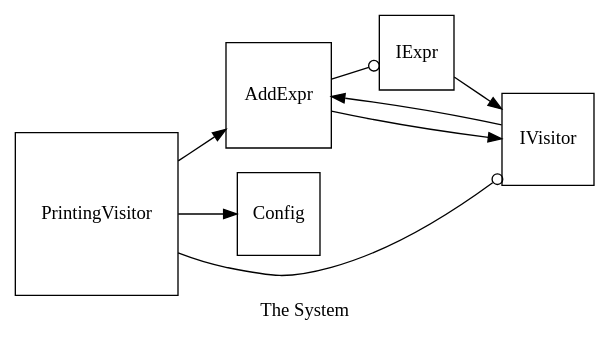
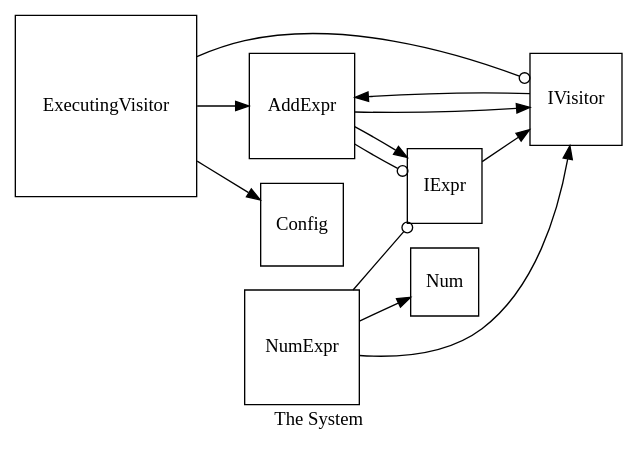
One commit to elliotdauber/dingo changed the diagram in clangparser/programs/output.dot. Above: the diagram before and after it, drawn with Graphviz. The commit also changed 3 other files, not shown here.

```diff
--- a/clangparser/programs/output.dot
+++ b/clangparser/programs/output.dot
@@ -1,20 +1,26 @@
 digraph example {
 rankdir=LR;
 node [shape=square];
 AddExpr [label="AddExpr"];
 Config [label="Config"];
+ExecutingVisitor [label="ExecutingVisitor"];
 IExpr [label="IExpr"];
 IVisitor [label="IVisitor"];
-PrintingVisitor [label="PrintingVisitor"];
+Num [label="Num"];
+NumExpr [label="NumExpr"];
 
 AddExpr -> IExpr[arrowhead=odot];
 AddExpr -> IVisitor[arrowhead=normal];
+AddExpr -> IExpr[arrowhead=normal];
+ExecutingVisitor -> IVisitor[arrowhead=odot];
+ExecutingVisitor -> Config[arrowhead=normal];
+ExecutingVisitor -> AddExpr[arrowhead=normal];
 IExpr -> IVisitor[arrowhead=normal];
 IVisitor -> AddExpr[arrowhead=normal];
-PrintingVisitor -> IVisitor[arrowhead=odot];
-PrintingVisitor -> Config[arrowhead=normal];
-PrintingVisitor -> AddExpr[arrowhead=normal];
+NumExpr -> IExpr[arrowhead=odot];
+NumExpr -> IVisitor[arrowhead=normal];
+NumExpr -> Num[arrowhead=normal];
 label="The System"
 style=filled
 fillcolor=yellow
 }
```
